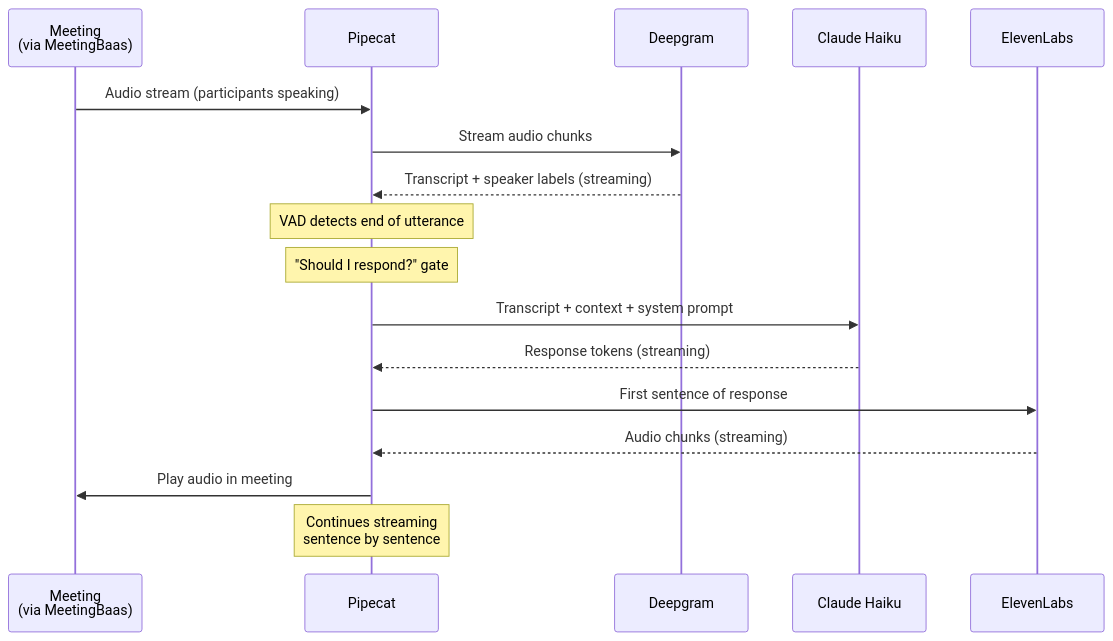
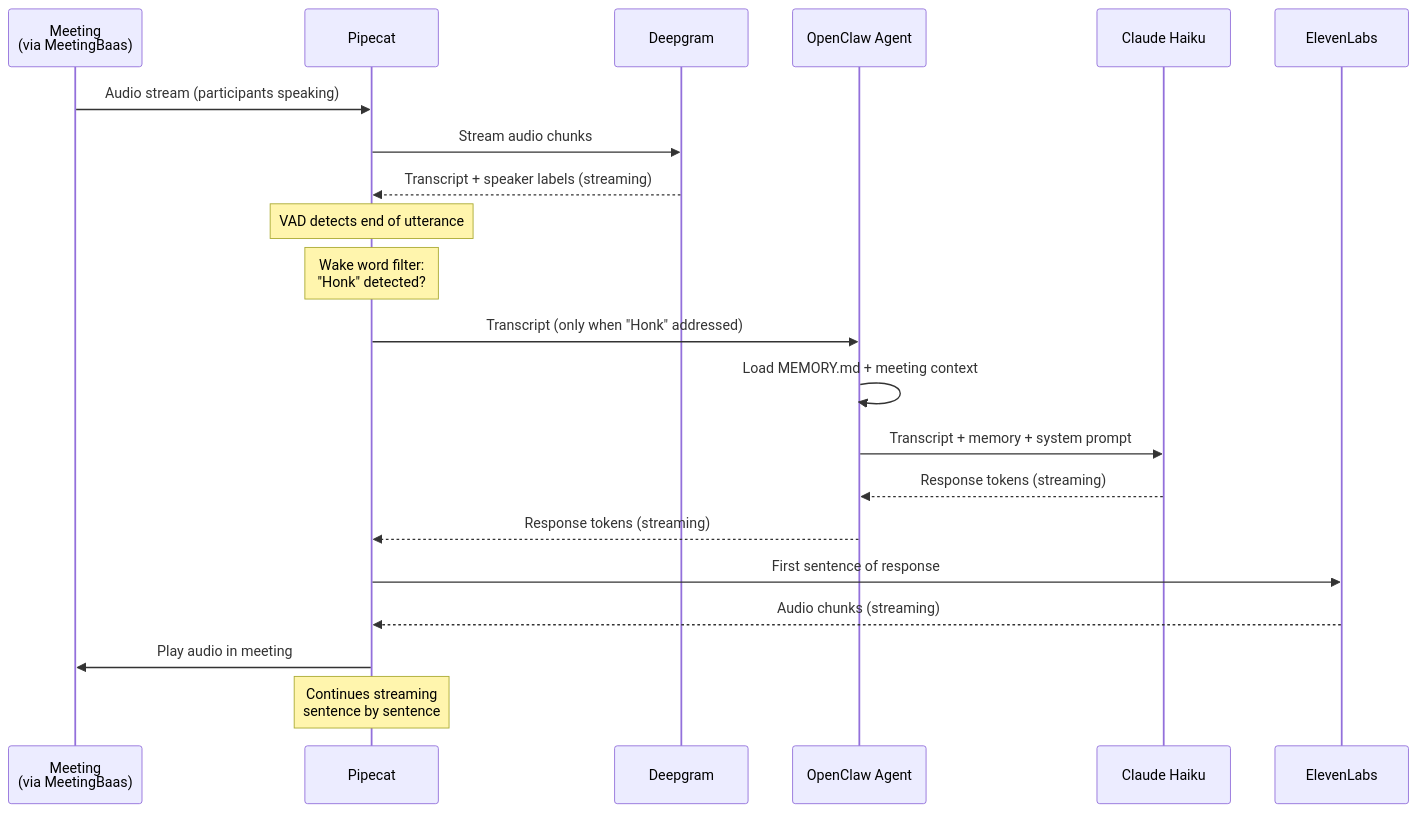
The second of 4 diagrams in docs/architecture.md (inputoutputcode/honk-assist), drawn with Mermaid before and after one commit. The commit also changed other lines of this file and 3 other files, not shown here.

First line of the commit message:
docs: add OpenClaw bridge spec, audio issues, free tier notes

````diff
--- a/docs/architecture.md
+++ b/docs/architecture.md
@@ -97,24 +98,28 @@
 ```mermaid
 sequenceDiagram
     participant M as Meeting<br/>(via MeetingBaas)
     participant P as Pipecat
     participant D as Deepgram
+    participant OCA as OpenClaw Agent
     participant C as Claude Haiku
     participant E as ElevenLabs
     
     M->>P: Audio stream (participants speaking)
     P->>D: Stream audio chunks
     D-->>P: Transcript + speaker labels (streaming)
     
     Note over P: VAD detects end of utterance
-    Note over P: "Should I respond?" gate
+    Note over P: Wake word filter:<br/>"Honk" detected?
     
-    P->>C: Transcript + context + system prompt
-    C-->>P: Response tokens (streaming)
+    P->>OCA: Transcript (only when "Honk" addressed)
+    OCA->>OCA: Load MEMORY.md + meeting context
+    OCA->>C: Transcript + memory + system prompt
+    C-->>OCA: Response tokens (streaming)
+    OCA-->>P: Response tokens (streaming)
     
     P->>E: First sentence of response
     E-->>P: Audio chunks (streaming)
     P->>M: Play audio in meeting
     
     Note over P: Continues streaming<br/>sentence by sentence
 ```
````
